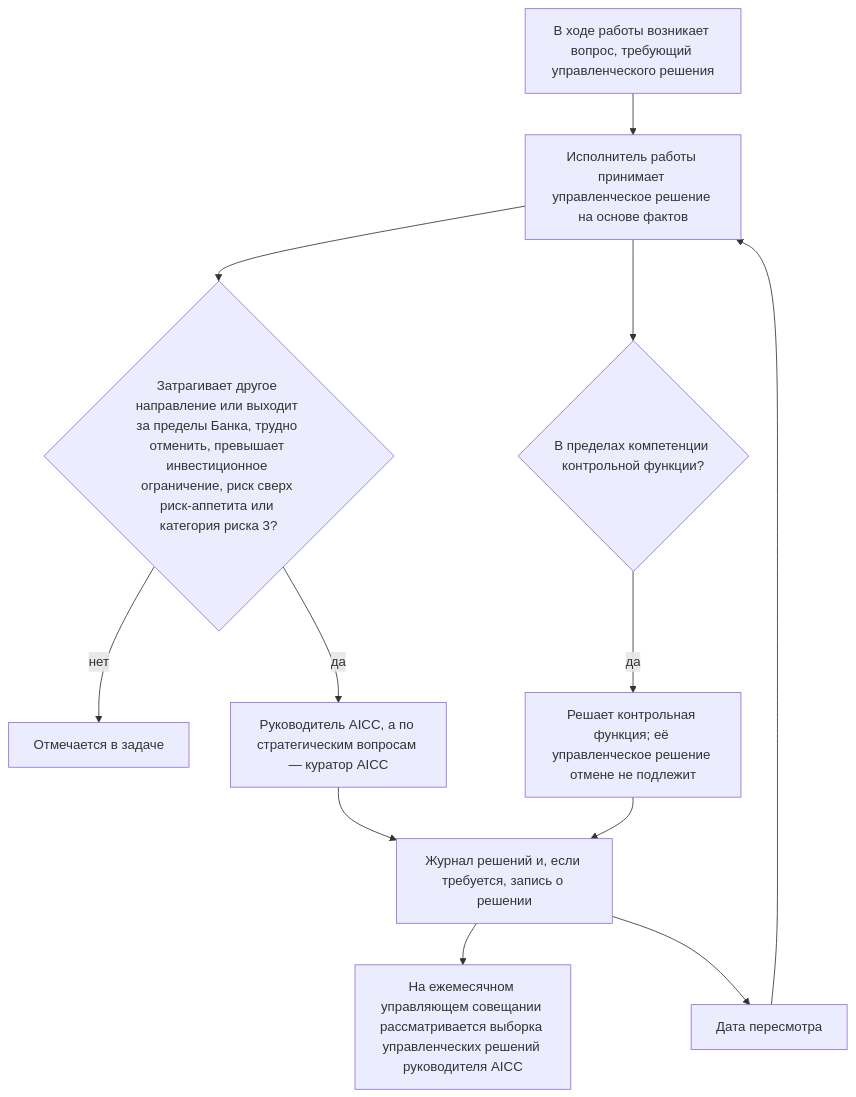
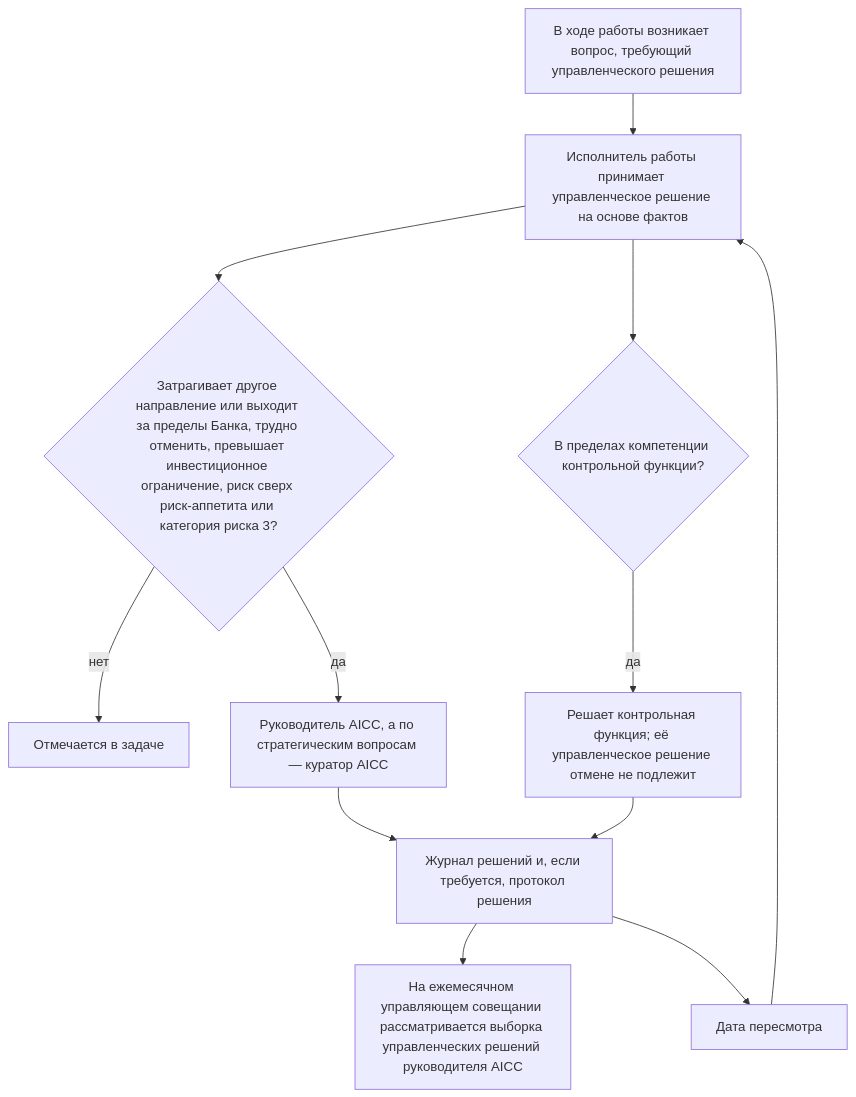
One commit to devhogu/ob-aicc changed the first of 8 diagrams in charter/ru/documents/operating-model.md. Above: the diagram before and after it, drawn with Mermaid. The commit also changed other lines of this file and 370 other files, not shown here.

````diff
--- a/charter/ru/documents/operating-model.md
+++ b/charter/ru/documents/operating-model.md
@@ -121,14 +121,14 @@
 ```mermaid
 flowchart TB
   A["В ходе работы возникает вопрос, требующий управленческого решения"] --> B["Исполнитель работы принимает управленческое решение на основе фактов"]
   B --> C{"Затрагивает другое направление или выходит за пределы Банка, трудно отменить, превышает инвестиционное ограничение, риск сверх риск-аппетита или категория риска 3?"}
   C -->|нет| D["Отмечается в задаче"]
   C -->|да| E["Руководитель AICC, а по стратегическим вопросам — куратор AICC"]
   B --> G{"В пределах компетенции контрольной функции?"}
   G -->|да| H["Решает контрольная функция; её управленческое решение отмене не подлежит"]
-  E --> F["Журнал решений и, если требуется, запись о решении"]
+  E --> F["Журнал решений и, если требуется, протокол решения"]
   H --> F
   F --> S["На ежемесячном управляющем совещании рассматривается выборка управленческих решений руководителя AICC"]
   F --> R["Дата пересмотра"]
   R --> B
 ```
````
